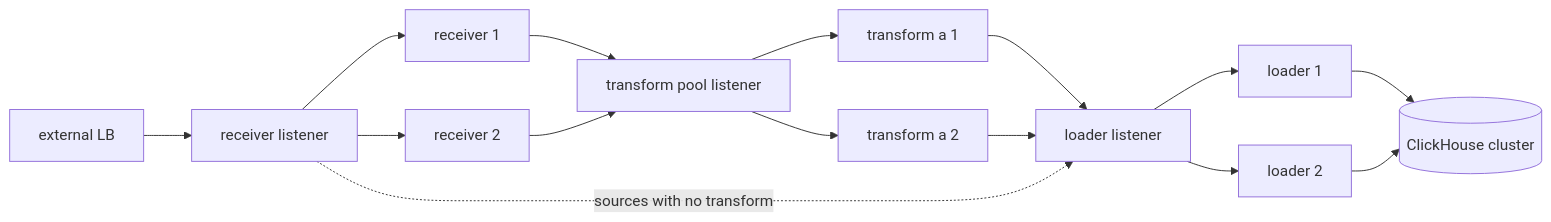
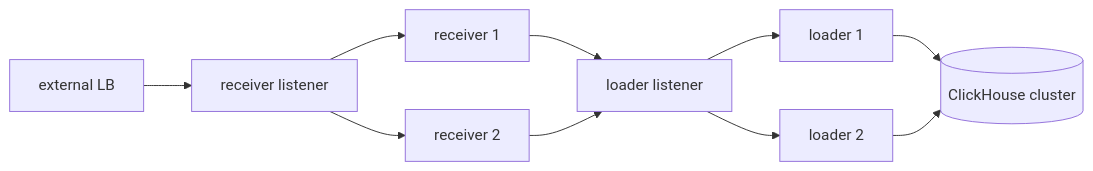
Before and after one commit to hyperi-io/dfe-engine: the second of 2 diagrams in docs/deployment/transports.md, drawn with Mermaid. The commit also changed other lines of this file and 27 other files, not shown here.

````diff
--- a/docs/deployment/transports.md
+++ b/docs/deployment/transports.md
@@ -39,17 +41,12 @@
 ```mermaid
 flowchart LR
   LB[external LB] --> ENV0[receiver listener]
   ENV0 --> R1[receiver 1]
   ENV0 --> R2[receiver 2]
-  R1 --> ENV1[transform pool listener]
-  R2 --> ENV1
-  ENV1 --> T1[transform a 1]
-  ENV1 --> T2[transform a 2]
-  T1 --> ENV2[loader listener]
-  T2 --> ENV2
-  ENV0 -.->|sources with no transform| ENV2
+  R1 --> ENV2[loader listener]
+  R2 --> ENV2
   ENV2 --> L1[loader 1]
   ENV2 --> L2[loader 2]
   L1 --> CH[(ClickHouse cluster)]
   L2 --> CH
 ```
````
